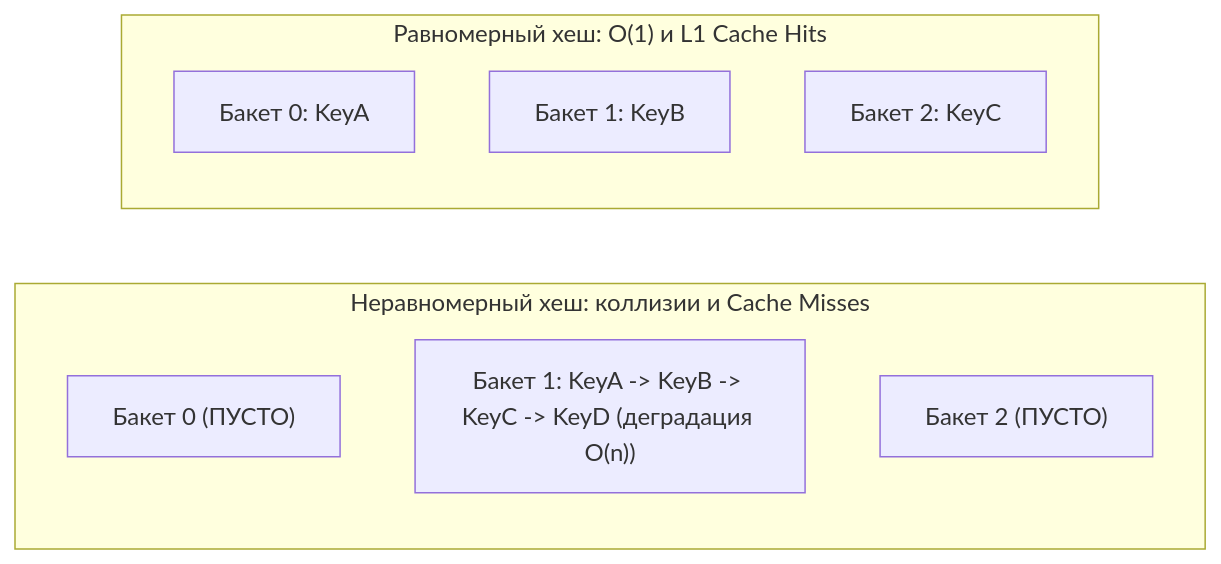
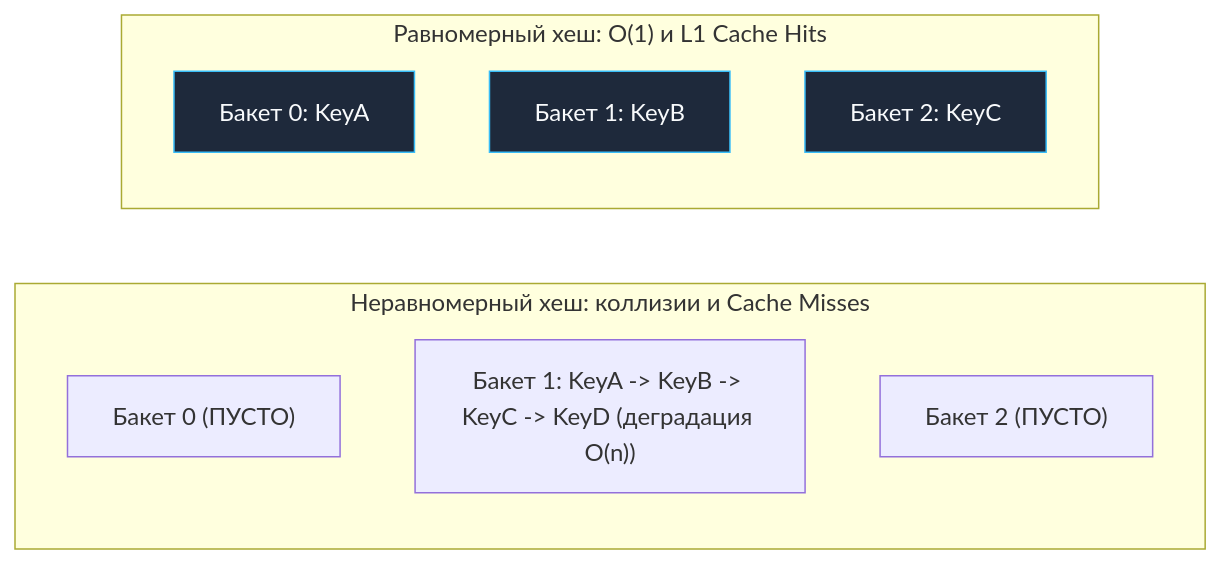
The second of 3 diagrams in sources/20. Алгоритмы и структуры данных (DSA) на Go/03. Хеширование/1. Хеш функции и равномерность распределения.md (UnrealTemplier/go-textbook), drawn with Mermaid before and after one commit. The commit also changed other lines of this file and 1666 other files, not shown here.

First line of the commit message:
feat(mermaid): add semantic color classDef to 1369 colorless flowchart/graph diagrams

````diff
--- a/sources/20. Алгоритмы и структуры данных (DSA) на Go/03. Хеширование/1. Хеш функции и равномерность распределения.md
+++ b/sources/20. Алгоритмы и структуры данных (DSA) на Go/03. Хеширование/1. Хеш функции и равномерность распределения.md
@@ -47,16 +57,26 @@
 ```mermaid
 flowchart LR
+    classDef process  fill:#1e293b,stroke:#38bdf8,stroke-width:1px,color:#f8fafc
+    classDef success  fill:#064e3b,stroke:#34d399,stroke-width:1px,color:#f8fafc
+    classDef error    fill:#7f1d1d,stroke:#f87171,stroke-width:1px,color:#f8fafc
+    classDef warning  fill:#78350f,stroke:#fbbf24,stroke-width:1px,color:#f8fafc
+    classDef entry    fill:#1e3a5f,stroke:#38bdf8,stroke-width:2px,color:#f8fafc
+    classDef aux      fill:#334155,stroke:#64748b,stroke-width:1px,color:#f8fafc
+    classDef system   fill:#312e81,stroke:#a78bfa,stroke-width:1px,color:#f8fafc
+    classDef data     fill:#132d29,stroke:#2dd4bf,stroke-width:1px,color:#f8fafc
+    classDef network  fill:#881337,stroke:#fb7185,stroke-width:1px,color:#f8fafc
+    classDef accent   fill:#1e1b4b,stroke:#818cf8,stroke-width:1px,color:#f8fafc
     subgraph BadHash["Неравномерный хеш: коллизии и Cache Misses"]
         direction TB
         B0["Бакет 0 (ПУСТО)"]
         B1["Бакет 1: KeyA -> KeyB -> KeyC -> KeyD (деградация O(n))"]
         B2["Бакет 2 (ПУСТО)"]
     end
 
     subgraph GoodHash["Равномерный хеш: O(1) и L1 Cache Hits"]
         direction TB
-        GB0["Бакет 0: KeyA"]
-        GB1["Бакет 1: KeyB"]
-        GB2["Бакет 2: KeyC"]
+        GB0["Бакет 0: KeyA"]:::process
+        GB1["Бакет 1: KeyB"]:::process
+        GB2["Бакет 2: KeyC"]:::process
     end
 ```
````
